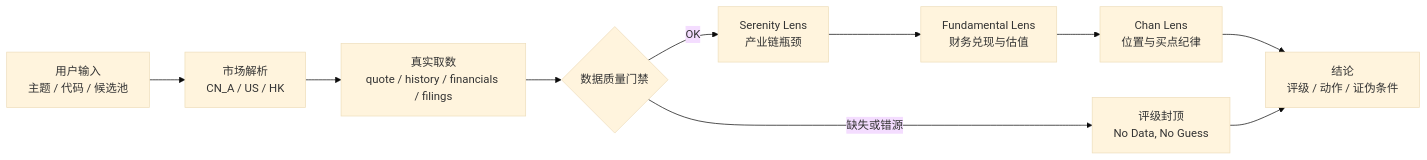
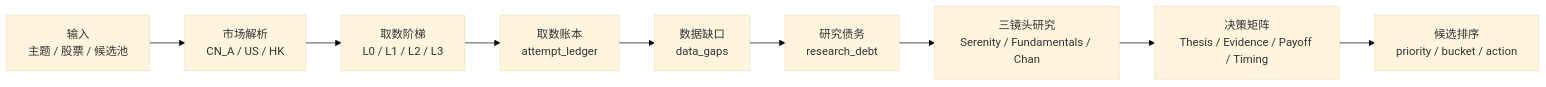
Before and after one commit to lucisxu6-cpu/serenity-chan: the first of 2 diagrams in README.md, drawn with Mermaid (base theme). The commit also changed other lines of this file and 29 other files, not shown here.

Commit message:
Upgrade data-first decision architecture

````diff
--- a/README.md
+++ b/README.md
@@ -38,12 +22,11 @@
 ```mermaid
 flowchart LR
-  A["用户输入<br/>主题 / 代码 / 候选池"] --> B["市场解析<br/>CN_A / US / HK"]
-  B --> C["真实取数<br/>quote / history / financials / filings"]
-  C --> D{"数据质量门禁"}
-  D -->|OK| E["Serenity Lens<br/>产业链瓶颈"]
-  D -->|缺失或错源| F["评级封顶<br/>No Data, No Guess"]
-  E --> G["Fundamental Lens<br/>财务兑现与估值"]
-  G --> H["Chan Lens<br/>位置与买点纪律"]
-  H --> I["结论<br/>评级 / 动作 / 证伪条件"]
-  F --> I
+  A["输入<br/>主题 / 股票 / 候选池"] --> B["市场解析<br/>CN_A / US / HK"]
+  B --> C["取数阶梯<br/>L0 / L1 / L2 / L3"]
+  C --> D["取数账本<br/>attempt_ledger"]
+  D --> E["数据缺口<br/>data_gaps"]
+  E --> F["研究债务<br/>research_debt"]
+  F --> G["三镜头研究<br/>Serenity / Fundamentals / Chan"]
+  G --> H["决策矩阵<br/>Thesis / Evidence / Payoff / Timing"]
+  H --> I["候选排序<br/>priority / bucket / action"]
 ```
````
